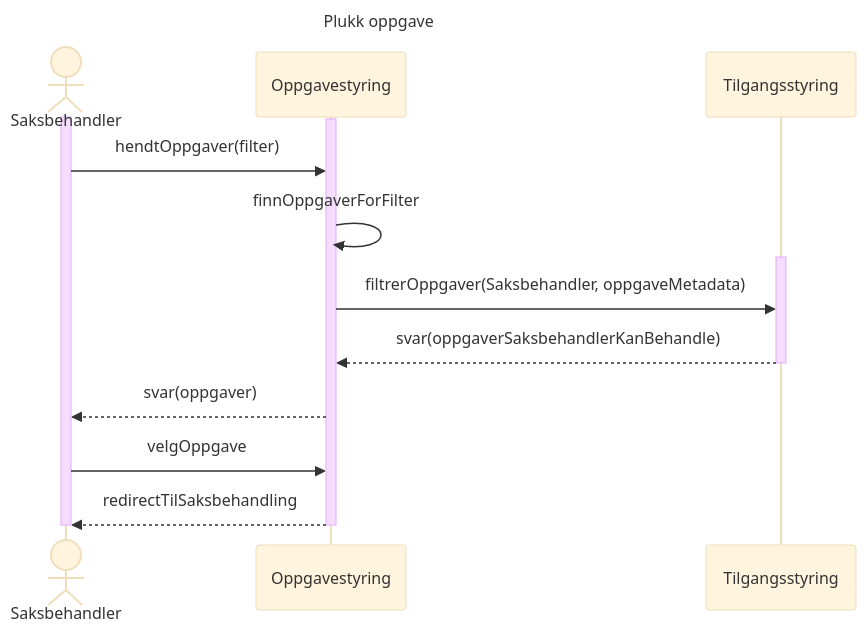
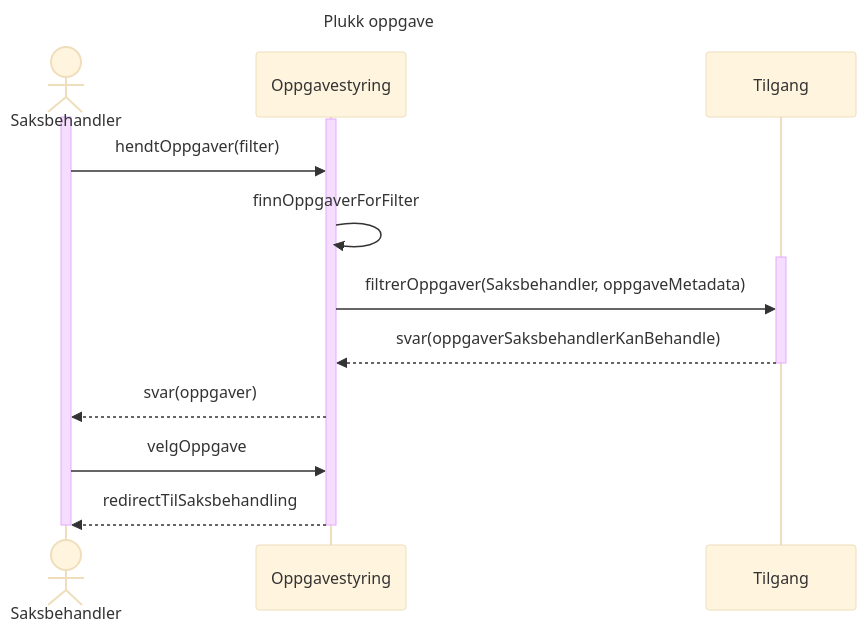
One commit to navikt/aap-intern-sysdok changed the first of 4 diagrams in docs/funksjonalitet/07_Oppgavestyring/teknisk.md. Above: the diagram before and after it, drawn with Mermaid (base theme). The commit also changed 4 other files, not shown here.

Commit message:
Fjern wall of text i funksjonalitet.md, tilgangsstyring -> tilgang

````diff
--- a/docs/funksjonalitet/07_Oppgavestyring/teknisk.md
+++ b/docs/funksjonalitet/07_Oppgavestyring/teknisk.md
@@ -7,22 +7,22 @@
 ```mermaid
 ---
 title: Plukk oppgave
 ---
 sequenceDiagram
   actor s as Saksbehandler
   participant o as Oppgavestyring
-  participant t as Tilgangsstyring
+  participant t as Tilgang
   activate s
   activate o
   s->>o: hendtOppgaver(filter)
   o->>o: finnOppgaverForFilter
   activate t
   o->>t: filtrerOppgaver(Saksbehandler, oppgaveMetadata)
   t-->>o: svar(oppgaverSaksbehandlerKanBehandle)
   deactivate t
   o-->>s: svar(oppgaver)
   s->>o: velgOppgave
   o-->>s: redirectTilSaksbehandling
   deactivate o
   deactivate s
 ```
````
